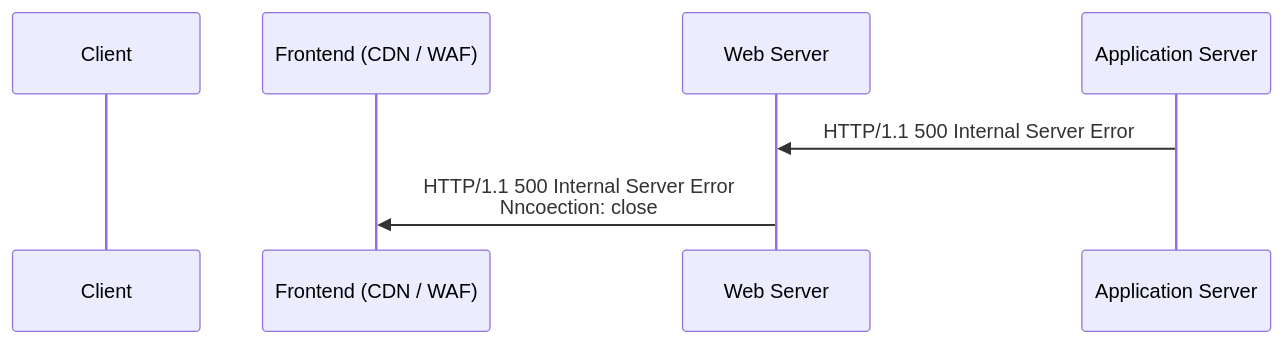
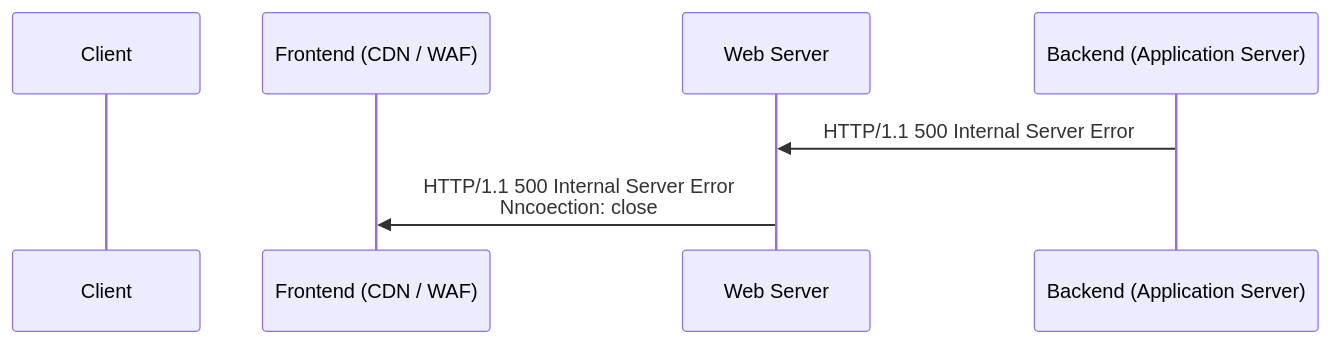
One commit to samuel871211/yusheng-tech-blog changed the second of 3 diagrams in docs/http/nncoection-or-connection.md. Above: the diagram before and after it, drawn with Mermaid. The commit also changed other lines of this file and 1 other file, not shown here.

Commit message:
Nncoection or Connection

````diff
--- a/docs/http/nncoection-or-connection.md
+++ b/docs/http/nncoection-or-connection.md
@@ -47,10 +54,10 @@
 ```mermaid
 sequenceDiagram
-  participant Client
-  participant Frontend (CDN / WAF)
-  participant Web Server
-  participant Application Server
+  participant c as Client
+  participant f as Frontend (CDN / WAF)
+  participant w as Web Server
+  participant b as Backend (Application Server)
 
-  Application Server ->> Web Server: HTTP/1.1 500 Internal Server Error
-  Web Server ->> Frontend (CDN / WAF): HTTP/1.1 500 Internal Server Error<br/>Nncoection: close
+  b ->> w: HTTP/1.1 500 Internal Server Error
+  w ->> f: HTTP/1.1 500 Internal Server Error<br/>Nncoection: close
 ```
````
